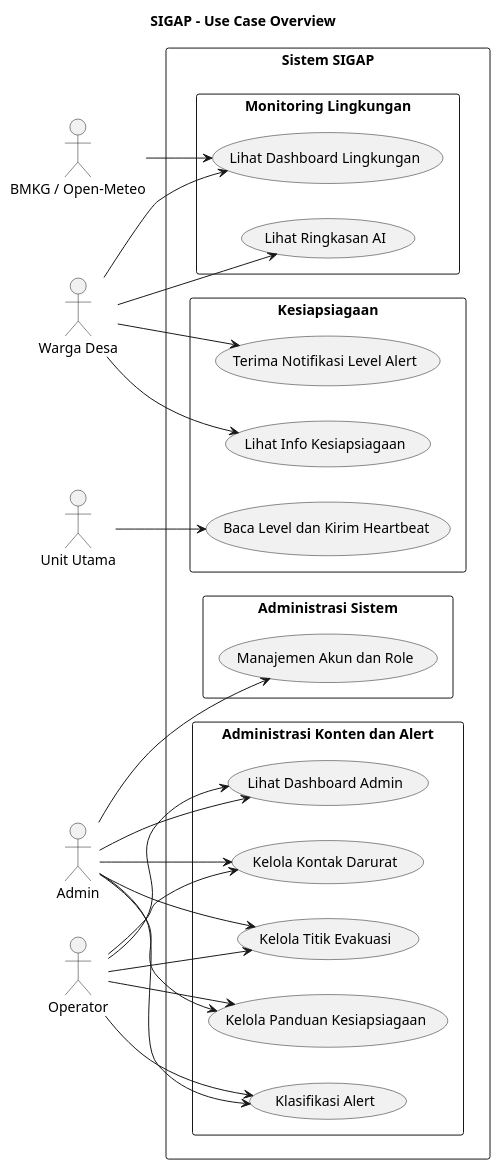
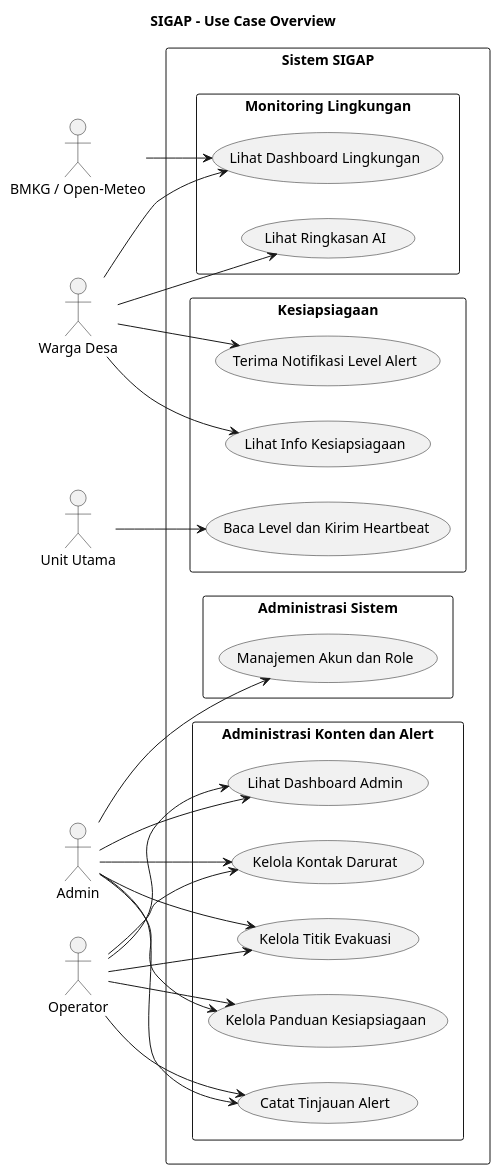
The diagram in docs/business/usecase/uc_overview.puml (Vextronode/sigap_app), drawn with PlantUML before and after one commit. The commit also changed 79 other files, not shown here.

```diff
--- a/docs/business/usecase/uc_overview.puml
+++ b/docs/business/usecase/uc_overview.puml
@@ -1,58 +1,58 @@
 @startuml uc_overview
 left to right direction
 skinparam packageStyle rectangle
 title SIGAP - Use Case Overview
 
 actor "Warga Desa" as Warga
 actor "Admin" as Admin
 actor "Operator" as Operator
 actor "BMKG / Open-Meteo" as Ext
 actor "Unit Utama" as UU
 
 rectangle "Sistem SIGAP" {
   package "Monitoring Lingkungan" {
     usecase "Lihat Dashboard Lingkungan" as UC1
     usecase "Lihat Ringkasan AI" as UC2
   }
 
   package "Kesiapsiagaan" {
     usecase "Lihat Info Kesiapsiagaan" as UC3
     usecase "Terima Notifikasi Level Alert" as UC4
     usecase "Baca Level dan Kirim Heartbeat" as UC5
   }
 
   package "Administrasi Konten dan Alert" {
     usecase "Kelola Kontak Darurat" as UC6
     usecase "Kelola Titik Evakuasi" as UC7
     usecase "Kelola Panduan Kesiapsiagaan" as UC8
-    usecase "Klasifikasi Alert" as UC9
+    usecase "Catat Tinjauan Alert" as UC9
     usecase "Lihat Dashboard Admin" as UC10
   }
 
   package "Administrasi Sistem" {
     usecase "Manajemen Akun dan Role" as UC11
   }
 }
 
 Warga --> UC1
 Warga --> UC2
 Warga --> UC3
 Warga --> UC4
 
 Admin --> UC6
 Admin --> UC7
 Admin --> UC8
 Admin --> UC9
 Admin --> UC10
 Admin --> UC11
 
 Operator --> UC6
 Operator --> UC7
 Operator --> UC8
 Operator --> UC9
 Operator --> UC10
 
 Ext --> UC1
 UU --> UC5
 
 @enduml
```
